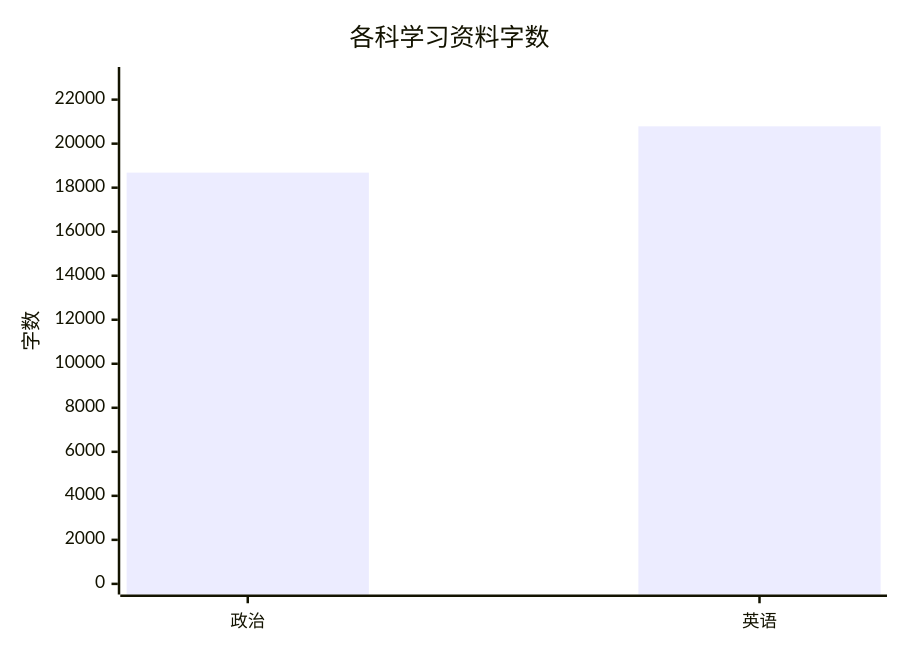
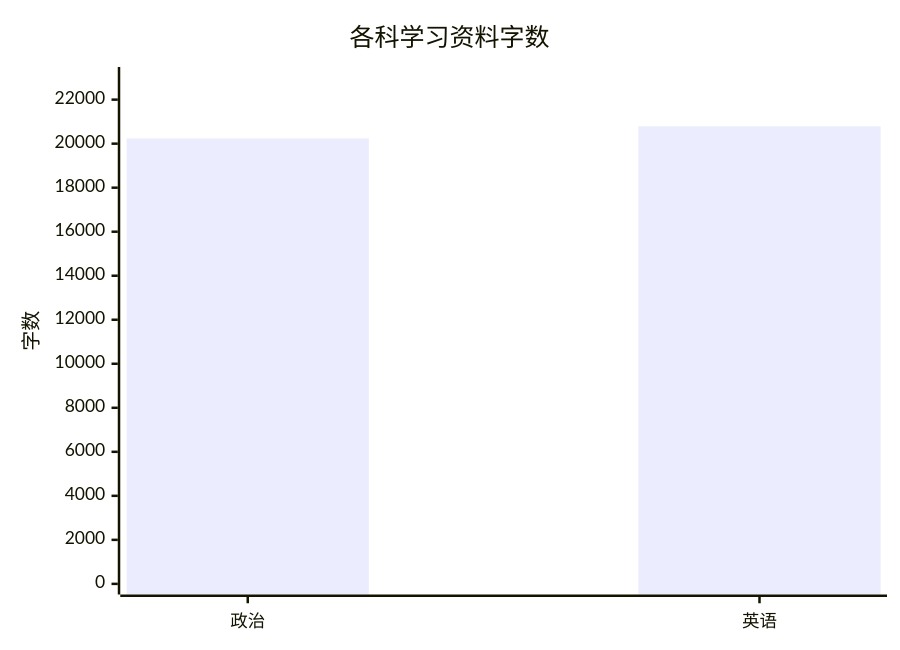
One commit to zhuchenyu2008/Learning-Library changed the first of 3 diagrams in README.md. Above: the diagram before and after it, drawn with Mermaid. The commit also changed other lines of this file, not shown here.

````diff
--- a/README.md
+++ b/README.md
@@ -35,7 +35,7 @@
 ```mermaid
 xychart-beta
     title "各科学习资料字数"
     x-axis ["政治", "英语"]
     y-axis "字数" 0 --> 23000
-    bar [18684, 20787]
+    bar [20238, 20787]
 ```
````
